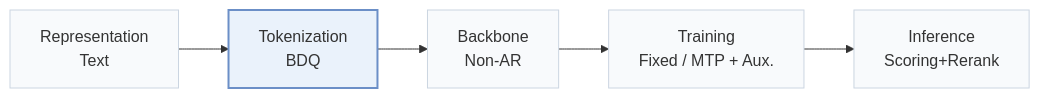
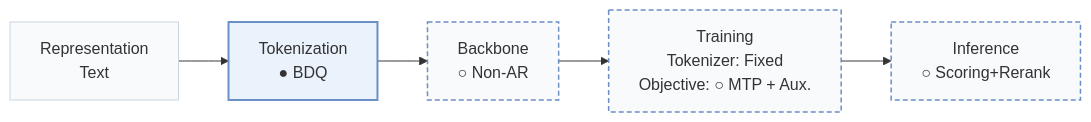
Before and after one commit to Galaxy-ghost/Awesome-SID-Generative-Rec: the first of 2 diagrams in pages/papers/topogr.md, drawn with Mermaid. The commit also changed other lines of this file and 558 other files, not shown here.

````diff
--- a/pages/papers/topogr.md
+++ b/pages/papers/topogr.md
@@ -15,8 +18,10 @@
 ```mermaid
 flowchart LR
-    R["Representation<br/>Text"] --> T["Tokenization<br/>BDQ"] --> B["Backbone<br/>Non-AR"] --> TR["Training<br/>Fixed / MTP + Aux."] --> I["Inference<br/>Scoring+Rerank"]
+    R["Representation<br/>Text"] --> T["Tokenization<br/>● BDQ"] --> B["Backbone<br/>○ Non-AR"] --> TR["Training<br/>Tokenizer: Fixed<br/>Objective: ○ MTP + Aux."] --> I["Inference<br/>○ Scoring+Rerank"]
     classDef base fill:#f8fafc,stroke:#cbd5e1
     class R,T,B,TR,I base
+    classDef other fill:#f8fafc,stroke:#6b8fc7,stroke-width:1.5px,stroke-dasharray:5 3
+    class B,TR,I other
     classDef main fill:#eaf2fb,stroke:#6b8fc7,stroke-width:2px
     class T main
 ```
````
